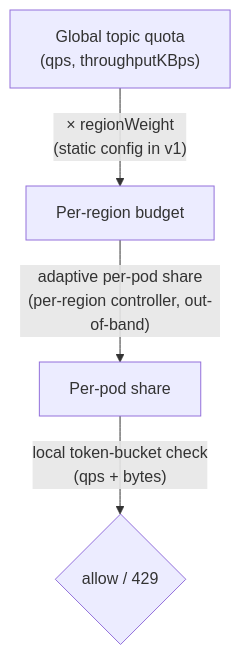
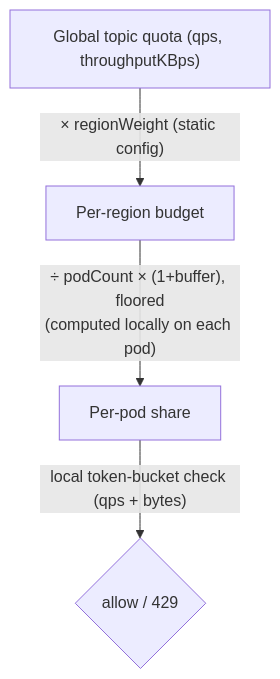
Before and after one commit to flipkart-incubator/varadhi: the first of 5 diagrams in vips/VIP-0001.md, drawn with Mermaid. The commit also changed other lines of this file, not shown here.

````diff
--- a/vips/VIP-0001.md
+++ b/vips/VIP-0001.md
@@ -26,7 +26,7 @@
 ```mermaid
 flowchart TD
-    GQ["Global topic quota<br/>(qps, throughputKBps)"]
-    GQ -->|"× regionWeight<br/>(static config in v1)"| RB["Per-region budget"]
-    RB -->|"adaptive per-pod share<br/>(per-region controller, out-of-band)"| PS["Per-pod share"]
-    PS -->|"local token-bucket check<br/>(qps + bytes)"| DEC{"allow / 429"}
+    GQ["Global topic quota (qps, throughputKBps)"]
+    GQ -->|"× regionWeight (static config)"| RB["Per-region budget"]
+    RB -->|"÷ podCount × (1+buffer), floored<br/>(computed locally on each pod)"| PS["Per-pod share"]
+    PS -->|"local token-bucket check (qps + bytes)"| DEC{"allow / 429"}
 ```
````
